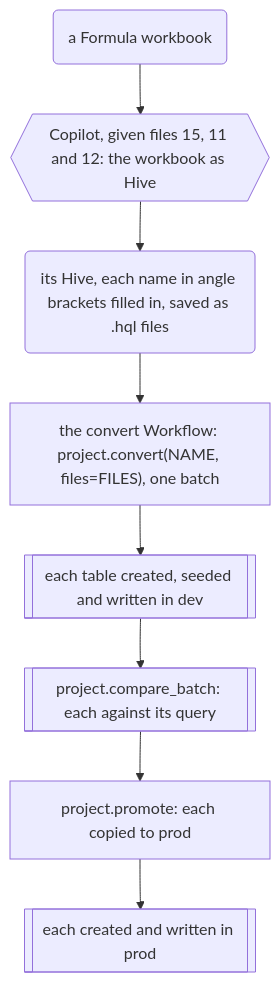
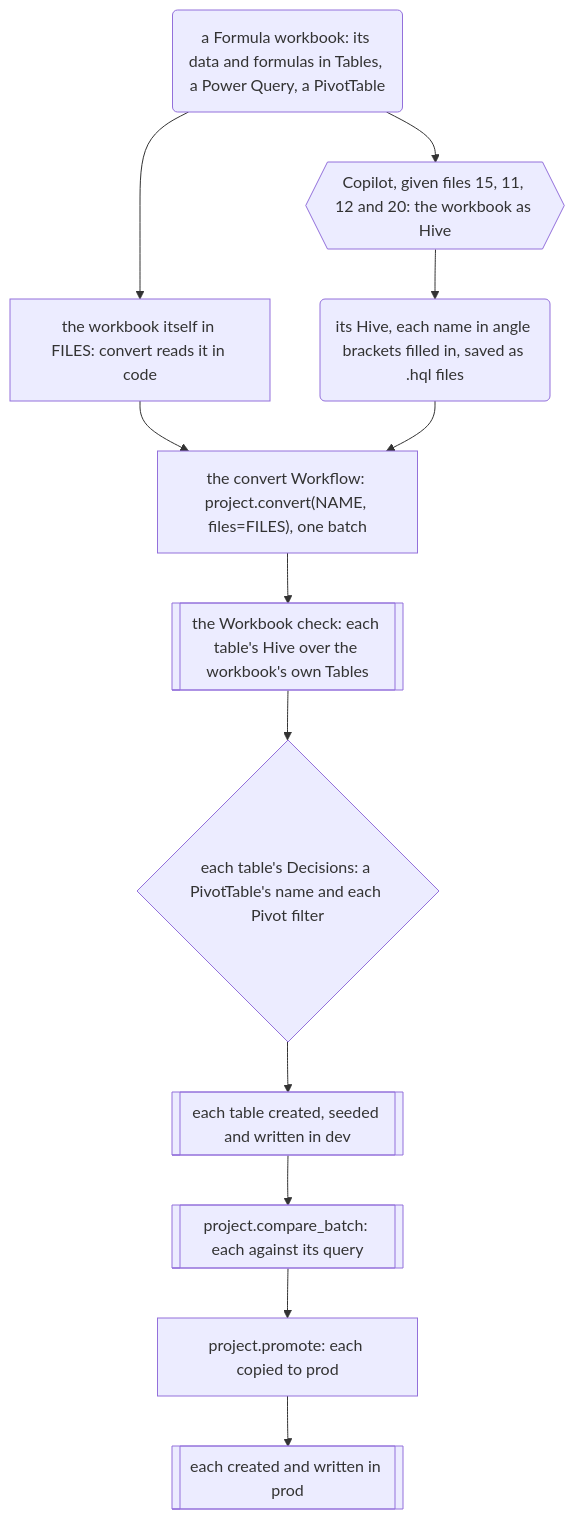
One commit to EdgyPage/SQL-Composer changed the ninth of 9 diagrams in docs/clean-branch-readme.md. Above: the diagram before and after it, drawn with Mermaid. The commit also changed other lines of this file and 50 other files, not shown here.

First line of the commit message:
docs(8.9): convert an Excel workbook, in a how-to, the Example project, the README and the overview (toolbox-8-9 ticket 15)

````diff
--- a/docs/clean-branch-readme.md
+++ b/docs/clean-branch-readme.md
@@ -1730,12 +1734,17 @@
 ```mermaid
 flowchart TD
-    workbook("a Formula workbook")
-    copilot{{"Copilot, given files 15, 11 and 12: the workbook as Hive"}}
+    workbook("a Formula workbook: its data and formulas in Tables, a Power Query, a PivotTable")
+    code["the workbook itself in FILES: convert reads it in code"]
+    copilot{{"Copilot, given files 15, 11, 12 and 20: the workbook as Hive"}}
     scripts("its Hive, each name in angle brackets filled in, saved as .hql files")
     convert["the convert Workflow: project.convert(NAME, files=FILES), one batch"]
+    check[["the Workbook check: each table's Hive over the workbook's own Tables"]]
+    decisions{"each table's Decisions: a PivotTable's name and each Pivot filter"}
     dev[["each table created, seeded and written in dev"]]
     compare[["project.compare_batch: each against its query"]]
     promote["project.promote: each copied to prod"]
     prod[["each created and written in prod"]]
-    workbook --> copilot --> scripts --> convert --> dev --> compare --> promote --> prod
+    workbook --> code --> convert
+    workbook --> copilot --> scripts --> convert
+    convert --> check --> decisions --> dev --> compare --> promote --> prod
 ```
````
